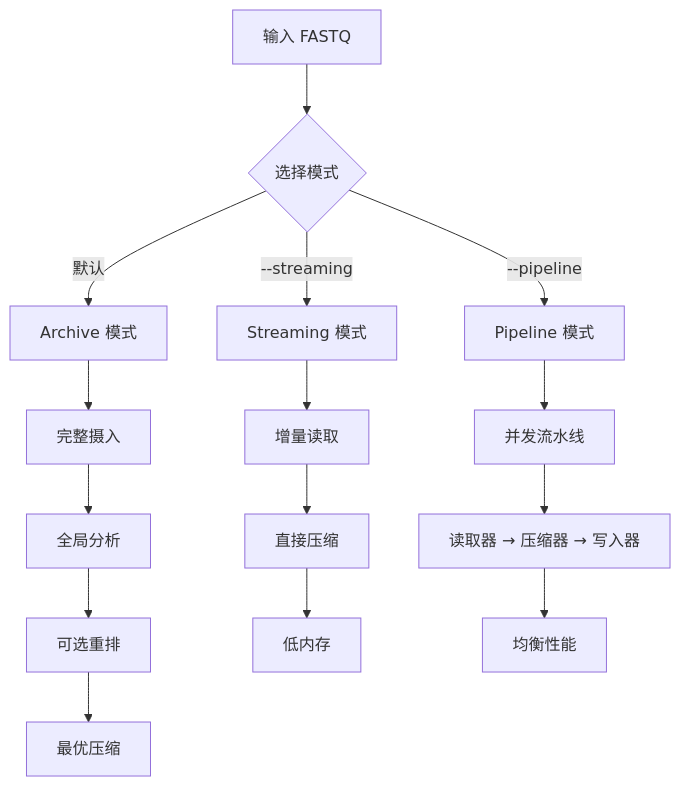
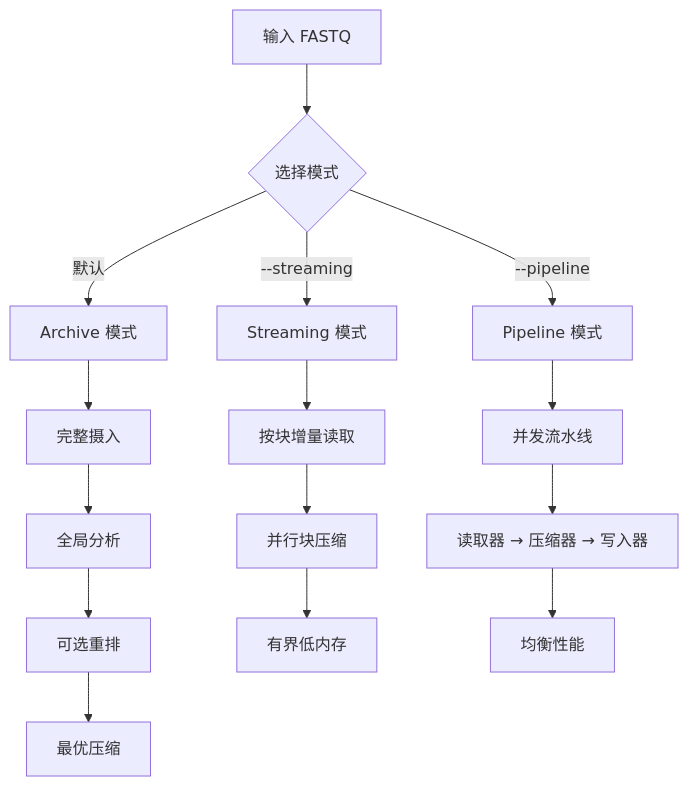
One commit to open-genomics/fq-compressor-rust changed the first of 2 diagrams in docs/how-to/modes.md. Above: the diagram before and after it, drawn with Mermaid. The commit also changed other lines of this file and 14 other files, not shown here.

````diff
--- a/docs/how-to/modes.md
+++ b/docs/how-to/modes.md
@@ -7,20 +7,20 @@
 ```mermaid
 flowchart TD
     A[输入 FASTQ] --> B{选择模式}
     B -->|默认| C[Archive 模式]
     B -->|--streaming| D[Streaming 模式]
     B -->|--pipeline| E[Pipeline 模式]
     
     C --> F[完整摄入]
     F --> G[全局分析]
     G --> H[可选重排]
     H --> I[最优压缩]
     
-    D --> J[增量读取]
-    J --> K[直接压缩]
-    K --> L[低内存]
+    D --> J[按块增量读取]
+    J --> K[并行块压缩]
+    K --> L[有界低内存]
     
     E --> M[并发流水线]
     M --> N[读取器 → 压缩器 → 写入器]
     N --> O[均衡性能]
 ```
````
